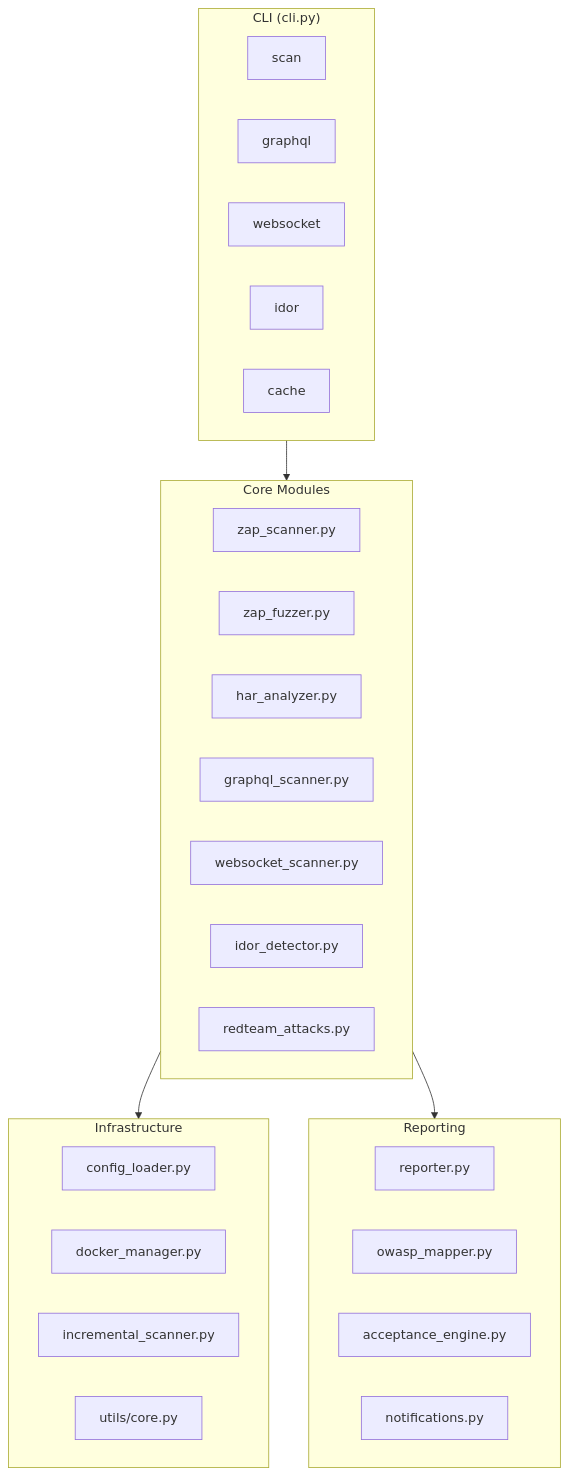
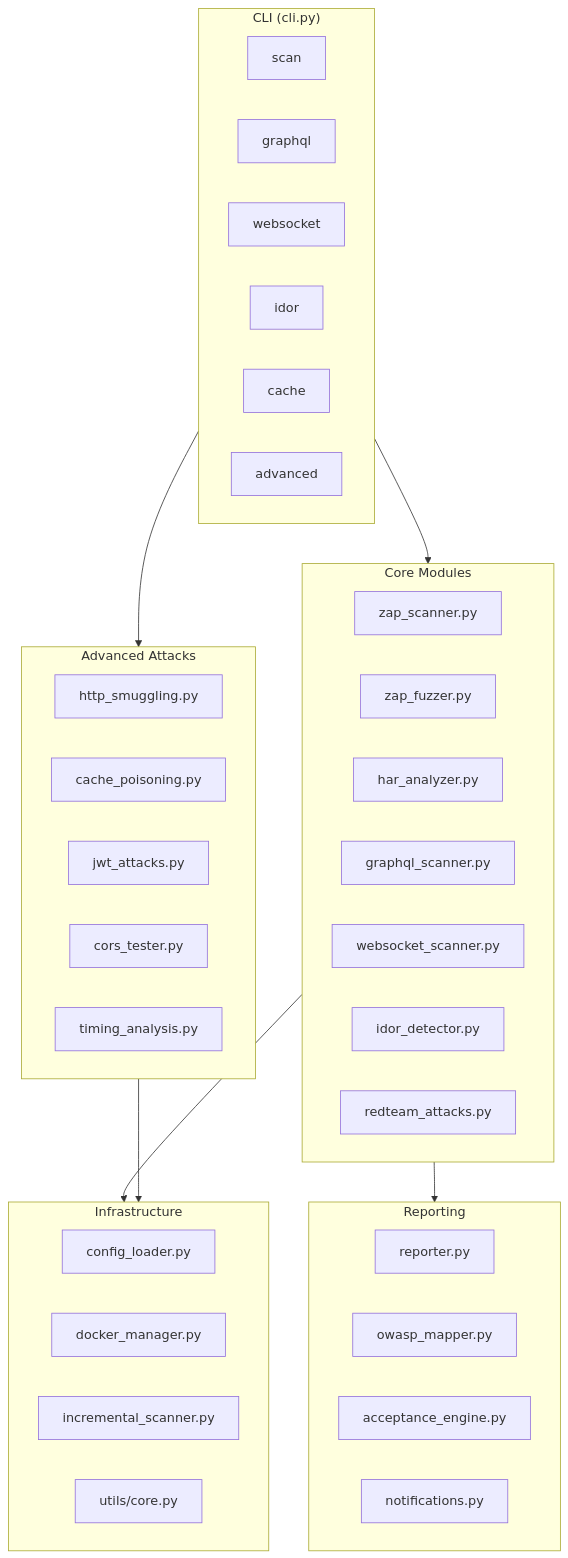
The diagram in docs/README.md (venantvr-security/Python.HAR.ZAP), drawn with Mermaid before and after one commit. The commit also changed other lines of this file and 40 other files, not shown here.

````diff
--- a/docs/README.md
+++ b/docs/README.md
@@ -25,38 +26,49 @@
 ```mermaid
 graph TB
     subgraph CLI["CLI (cli.py)"]
         scan[scan]
         graphql[graphql]
         websocket[websocket]
         idor[idor]
         cache[cache]
+        advanced[advanced]
     end
 
     subgraph Core["Core Modules"]
         zap_scanner[zap_scanner.py]
         zap_fuzzer[zap_fuzzer.py]
         har_analyzer[har_analyzer.py]
         graphql_scanner[graphql_scanner.py]
         websocket_scanner[websocket_scanner.py]
         idor_detector[idor_detector.py]
         redteam[redteam_attacks.py]
+    end
+
+    subgraph Advanced["Advanced Attacks"]
+        smuggling[http_smuggling.py]
+        cache_poison[cache_poisoning.py]
+        jwt[jwt_attacks.py]
+        cors[cors_tester.py]
+        timing[timing_analysis.py]
     end
 
     subgraph Infra["Infrastructure"]
         config_loader[config_loader.py]
         docker_manager[docker_manager.py]
         incremental[incremental_scanner.py]
         utils[utils/core.py]
     end
 
     subgraph Report["Reporting"]
         reporter[reporter.py]
         owasp[owasp_mapper.py]
         acceptance[acceptance_engine.py]
         notifications[notifications.py]
     end
 
     CLI --> Core
+    CLI --> Advanced
     Core --> Infra
     Core --> Report
+    Advanced --> Infra
 ```
````
